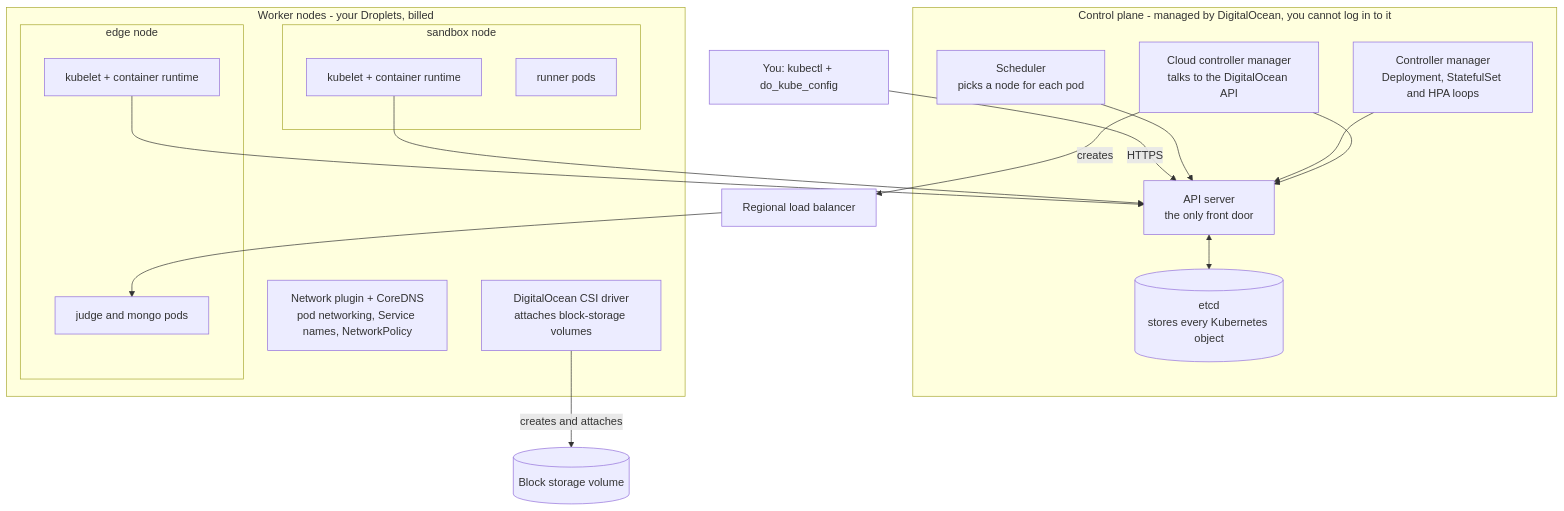
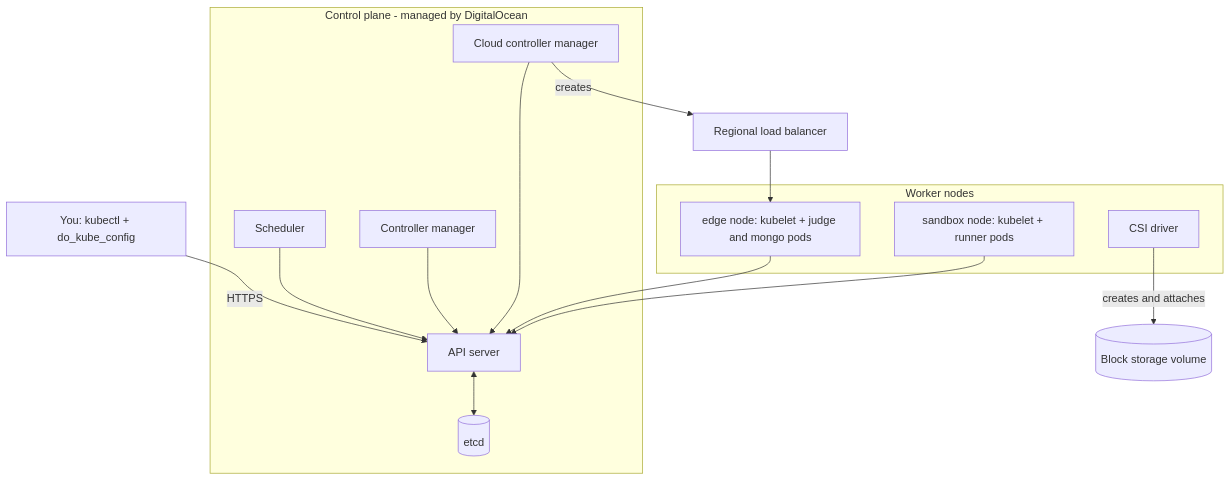
Before and after one commit to ShivanshKumar760/devops_v2: the third of 6 diagrams in leepcodev2/GUIDE.md, drawn with Mermaid. The commit also changed other lines of this file and 11 other files, not shown here.

````diff
--- a/leepcodev2/GUIDE.md
+++ b/leepcodev2/GUIDE.md
@@ -354,36 +200,25 @@
 ```mermaid
 flowchart TB
     you["You: kubectl + do_kube_config"] -->|HTTPS| api
-
-    subgraph cp["Control plane - managed by DigitalOcean, you cannot log in to it"]
-        api["API server<br/>the only front door"]
-        etcd[("etcd<br/>stores every Kubernetes object")]
-        sched["Scheduler<br/>picks a node for each pod"]
-        cm["Controller manager<br/>Deployment, StatefulSet and HPA loops"]
-        ccm["Cloud controller manager<br/>talks to the DigitalOcean API"]
+    subgraph cp["Control plane - managed by DigitalOcean"]
+        api["API server"]
+        etcd[("etcd")]
+        sched["Scheduler"]
+        cm["Controller manager"]
+        ccm["Cloud controller manager"]
         api <--> etcd
         sched --> api
         cm --> api
         ccm --> api
     end
-
     ccm -->|creates| lb["Regional load balancer"]
-
-    subgraph workers["Worker nodes - your Droplets, billed"]
-        subgraph n1["edge node"]
-            kubelet1["kubelet + container runtime"]
-            p1["judge and mongo pods"]
-        end
-        subgraph n2["sandbox node"]
-            kubelet2["kubelet + container runtime"]
-            p2["runner pods"]
-        end
-        net["Network plugin + CoreDNS<br/>pod networking, Service names, NetworkPolicy"]
-        csi["DigitalOcean CSI driver<br/>attaches block-storage volumes"]
+    subgraph workers["Worker nodes"]
+        n1["edge node: kubelet + judge and mongo pods"]
+        n2["sandbox node: kubelet + runner pods"]
+        csi["CSI driver"]
     end
-
-    kubelet1 --> api
-    kubelet2 --> api
-    lb --> p1
+    n1 --> api
+    n2 --> api
+    lb --> n1
     csi -->|creates and attaches| vol[("Block storage volume")]
 ```
````
